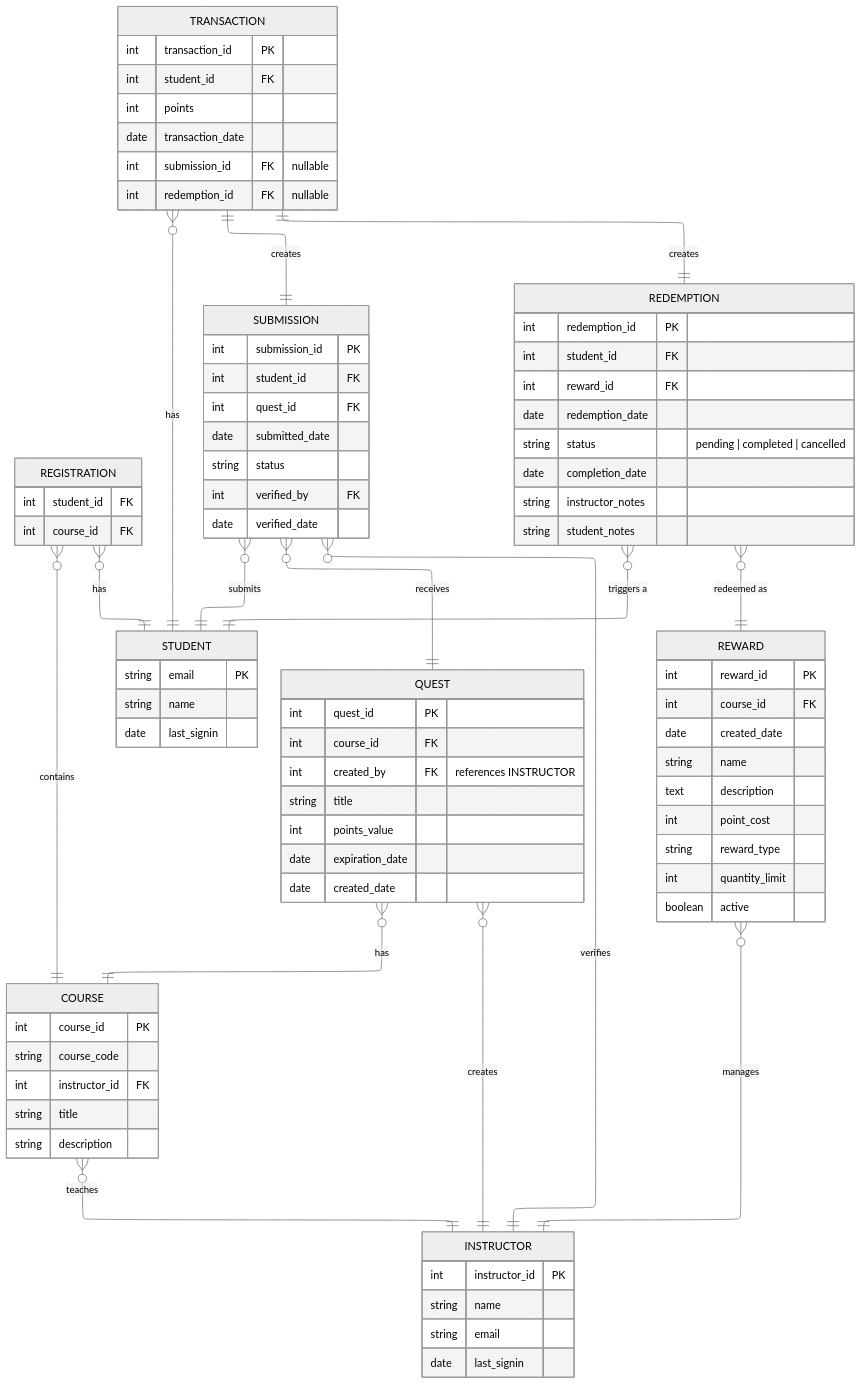
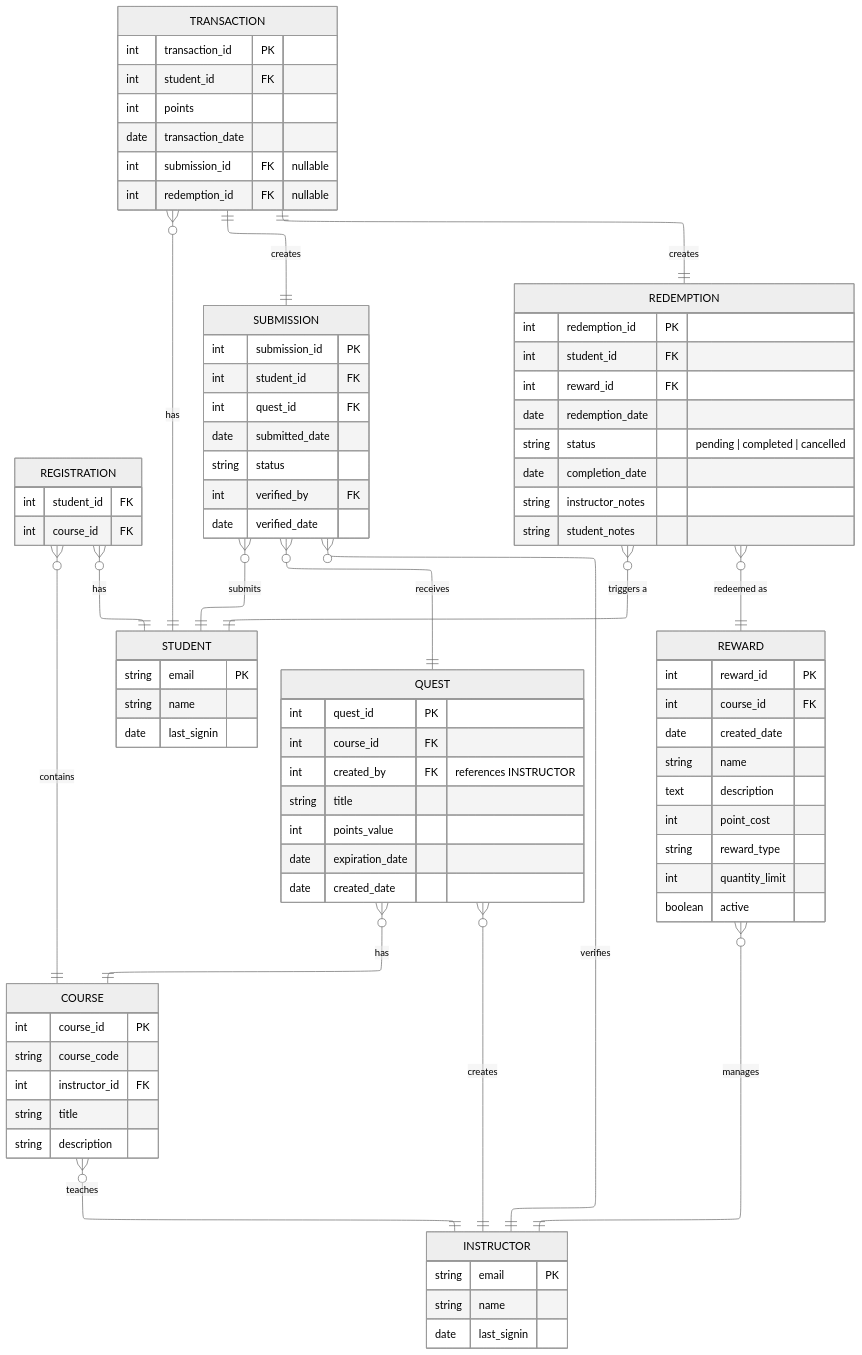
The diagram in README.md (travis-aaron/LevelUpEDU), drawn with Mermaid (neutral theme) before and after one commit.

Commit message:
docs: remove instructor_id and replace PK with email in ERD

```diff
--- a/README.md
+++ b/README.md
@@ -56,9 +56,8 @@
 		date last_signin  ""
 	}
 	INSTRUCTOR {
-		int instructor_id PK ""  
+		string email PK ""  
 		string name  ""  
-		string email  ""  
 		date last_signin  ""  
 	}
 	REGISTRATION {
```
